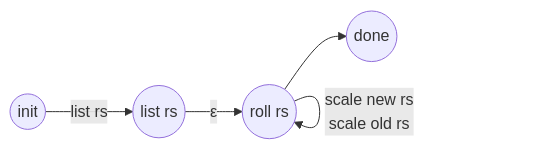
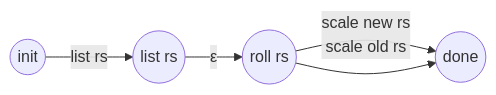
The first of 2 diagrams in discussion/kubernetes-model/deployment_controller.md (anvil-verifier/anvil), drawn with Mermaid before and after one commit. The commit also changed other lines of this file, not shown here.

Commit message:
fix state machine

````diff
--- a/discussion/kubernetes-model/deployment_controller.md
+++ b/discussion/kubernetes-model/deployment_controller.md
@@ -36,7 +36,7 @@
 ```mermaid
 graph LR
 	1((init))-->|list rs|2((list rs))
 	2-->|ε|3((roll rs))
-	3-->|scale new rs<br>scale old rs|3
+	3-->|scale new rs<br>scale old rs|4
 	3-->4((done))
 ```
````
